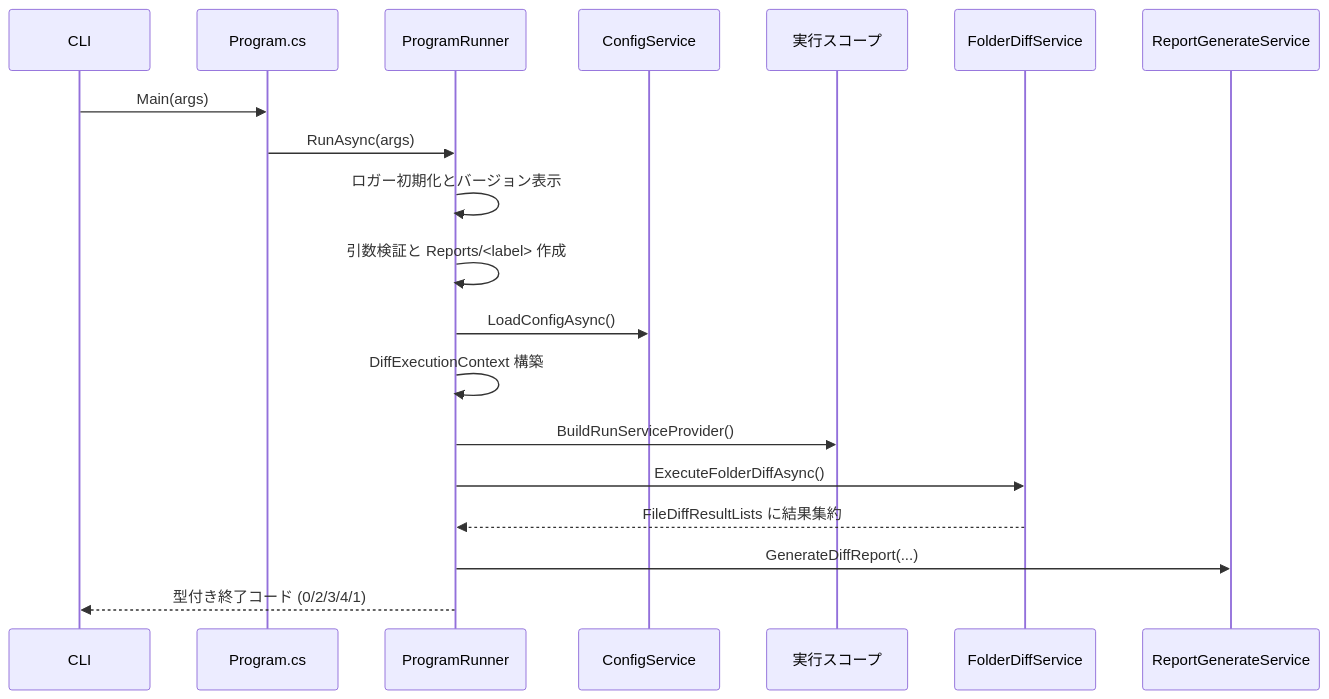
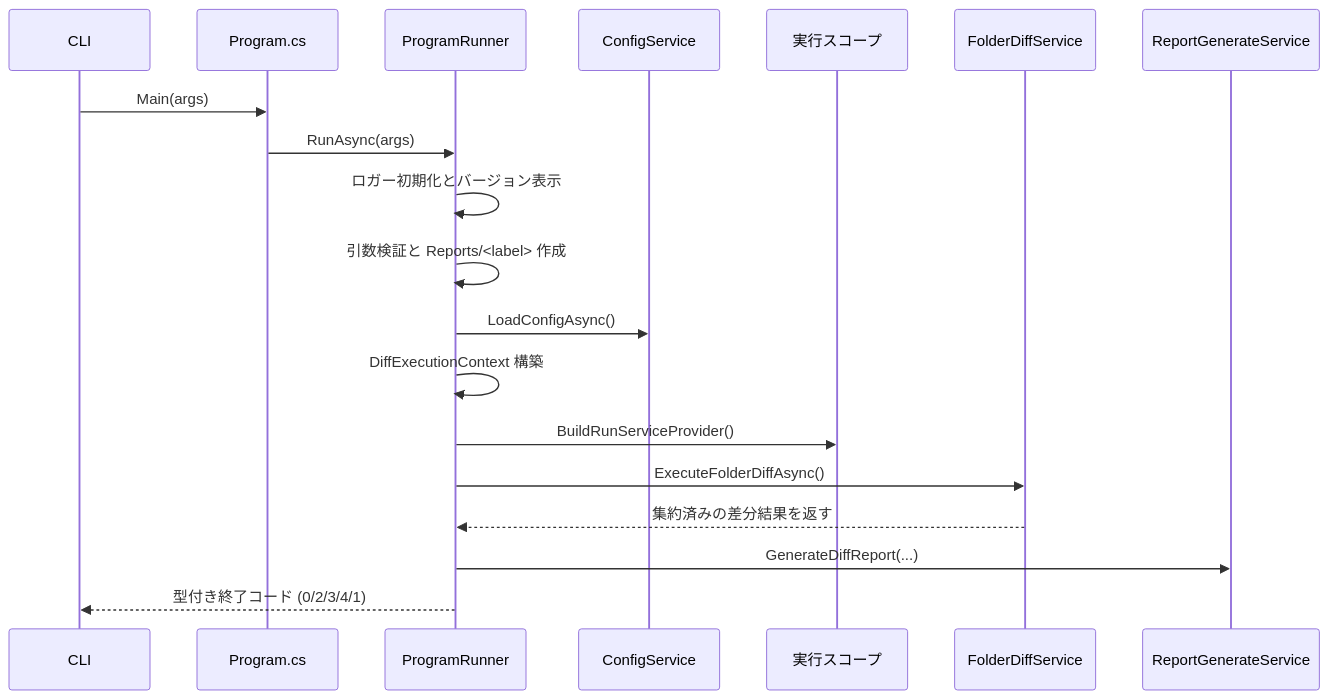
The seventh of 10 diagrams in doc/DEVELOPER_GUIDE.md (Widthdom/FolderDiffIL4DotNet), drawn with Mermaid before and after one commit. The commit also changed other lines of this file and 5 other files, not shown here.

````diff
--- a/doc/DEVELOPER_GUIDE.md
+++ b/doc/DEVELOPER_GUIDE.md
@@ -739,22 +743,22 @@
 ```mermaid
 sequenceDiagram
     participant CLI as CLI
     participant Program as Program.cs
     participant Runner as ProgramRunner
     participant Config as ConfigService
     participant Scope as 実行スコープ
     participant Diff as FolderDiffService
     participant Report as ReportGenerateService
 
     CLI->>Program: Main(args)
     Program->>Runner: RunAsync(args)
     Runner->>Runner: ロガー初期化とバージョン表示
     Runner->>Runner: 引数検証と Reports/<label> 作成
     Runner->>Config: LoadConfigAsync()
     Runner->>Runner: DiffExecutionContext 構築
     Runner->>Scope: BuildRunServiceProvider()
     Runner->>Diff: ExecuteFolderDiffAsync()
-    Diff-->>Runner: FileDiffResultLists に結果集約
+    Diff-->>Runner: 集約済みの差分結果を返す
     Runner->>Report: GenerateDiffReport(...)
     Runner-->>CLI: 型付き終了コード (0/2/3/4/1)
 ```
````
